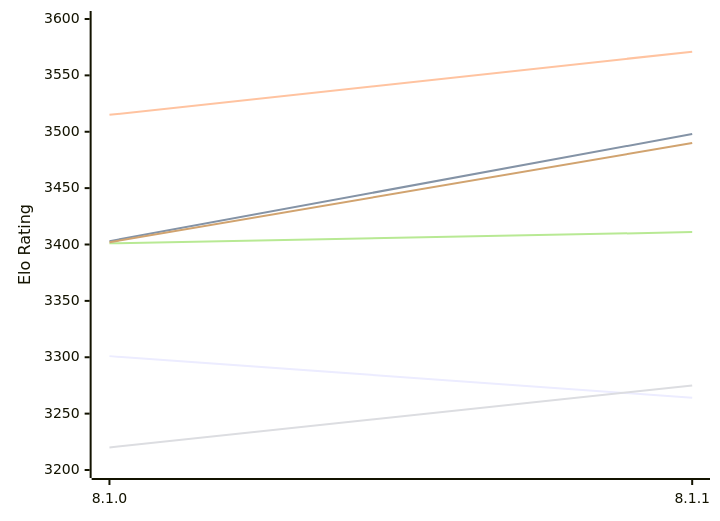
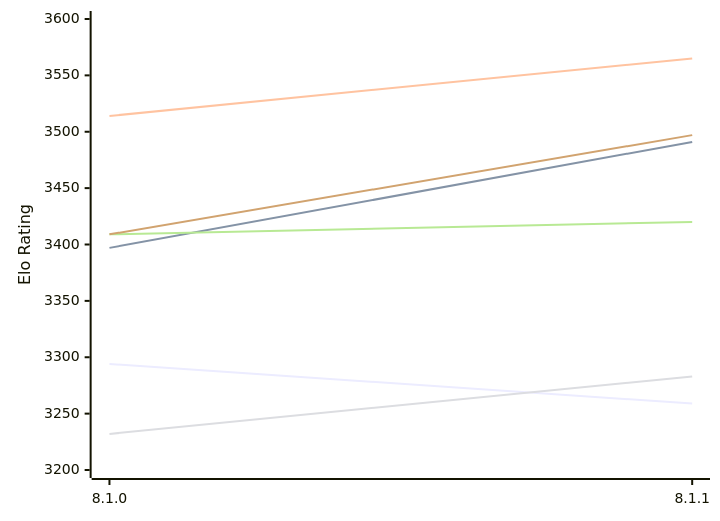
One commit to computer-chess-index/cci changed the first of 2 diagrams in engines/Velvet.md. Above: the diagram before and after it, drawn with Mermaid. The commit also changed other lines of this file, not shown here.

Commit message:
Update CCI Ratings (ELO VLTC) - 2026-11-18

````diff
--- a/engines/Velvet.md
+++ b/engines/Velvet.md
@@ -51,12 +51,12 @@
 ```mermaid
 %%{init: {"theme":"base","themeVariables":{"seriesColors:['#a3a3a3','#222221','#faa371']}}}%%
 xychart-beta
   x-axis ["8.1.0", "8.1.1"]
   y-axis "Elo Rating" 3200 --> 3600
-  line "E1: STC (8.0+0.08s)" [3301, 3264]
-  line "E1: LTC (60.0+0.60s)" [3403, 3498]
-  line "E1: VLTC (2m24s+1.12s)" [3515, 3571]
-  line "P1: STC (8.0+0.08s)" [3220, 3275]
-  line "P1: LTC (60.0+0.60s)" [3401, 3411]
-  line "P1: VLTC (2m24s+1.12s)" [3402, 3490]
+  line "E1: STC (8.0+0.08s)" [3294, 3259]
+  line "E1: LTC (60.0+0.60s)" [3397, 3491]
+  line "E1: VLTC (2m24s+1.12s)" [3514, 3565]
+  line "P1: STC (8.0+0.08s)" [3232, 3283]
+  line "P1: LTC (60.0+0.60s)" [3409, 3420]
+  line "P1: VLTC (2m24s+1.12s)" [3409, 3497]
 ```
````
